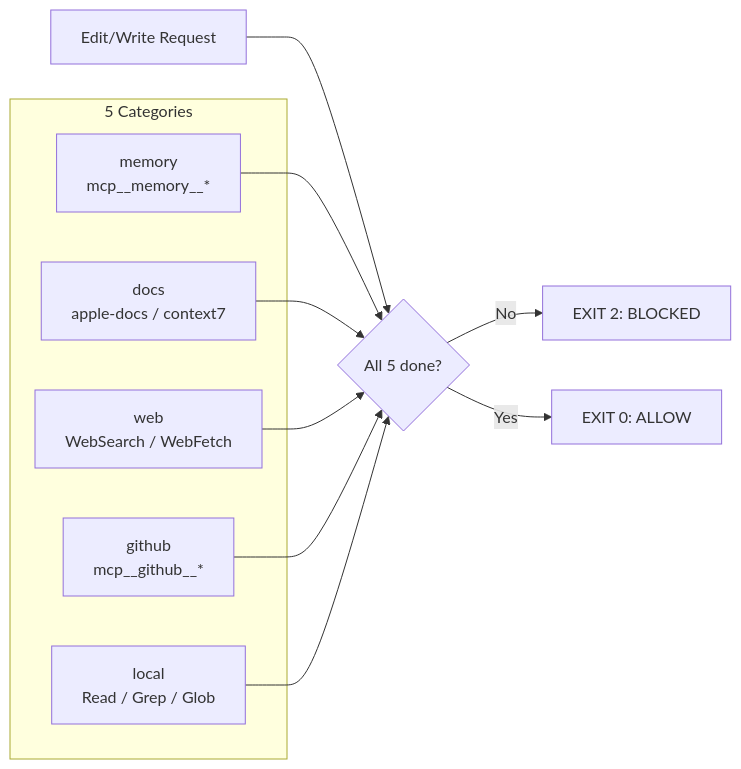
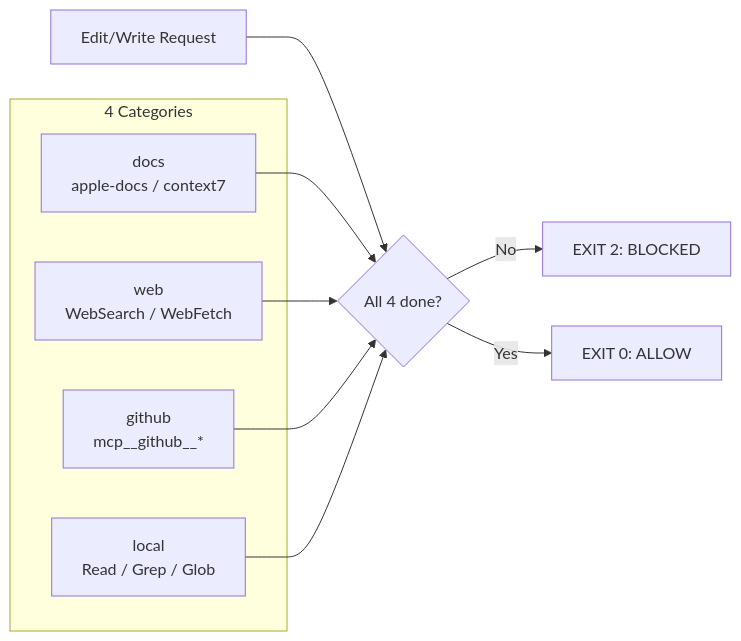
One commit to sane-apps/SaneProcess changed the fourth of 5 diagrams in ARCHITECTURE.md. Above: the diagram before and after it, drawn with Mermaid. The commit also changed other lines of this file and 20 other files, not shown here.

````diff
--- a/ARCHITECTURE.md
+++ b/ARCHITECTURE.md
@@ -134,21 +134,19 @@
 ```mermaid
 flowchart LR
-    EDIT[Edit/Write Request] --> GATE{All 5 done?}
+    EDIT[Edit/Write Request] --> GATE{All 4 done?}
 
     GATE -->|No| BLOCKED[EXIT 2: BLOCKED]
     GATE -->|Yes| ALLOWED[EXIT 0: ALLOW]
 
-    subgraph "5 Categories"
-        MEM[memory<br/>mcp__memory__*]
+    subgraph "4 Categories"
         DOC[docs<br/>apple-docs / context7]
         WEB[web<br/>WebSearch / WebFetch]
         GH[github<br/>mcp__github__*]
         LOC[local<br/>Read / Grep / Glob]
     end
 
-    MEM --> GATE
     DOC --> GATE
     WEB --> GATE
     GH --> GATE
     LOC --> GATE
 ```
````
